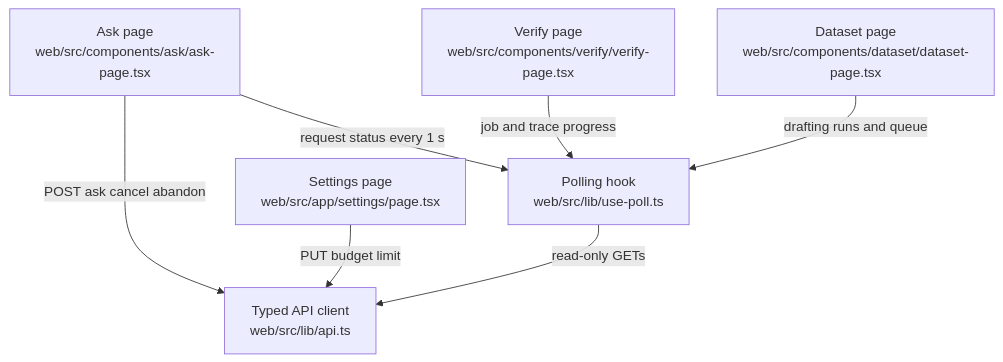
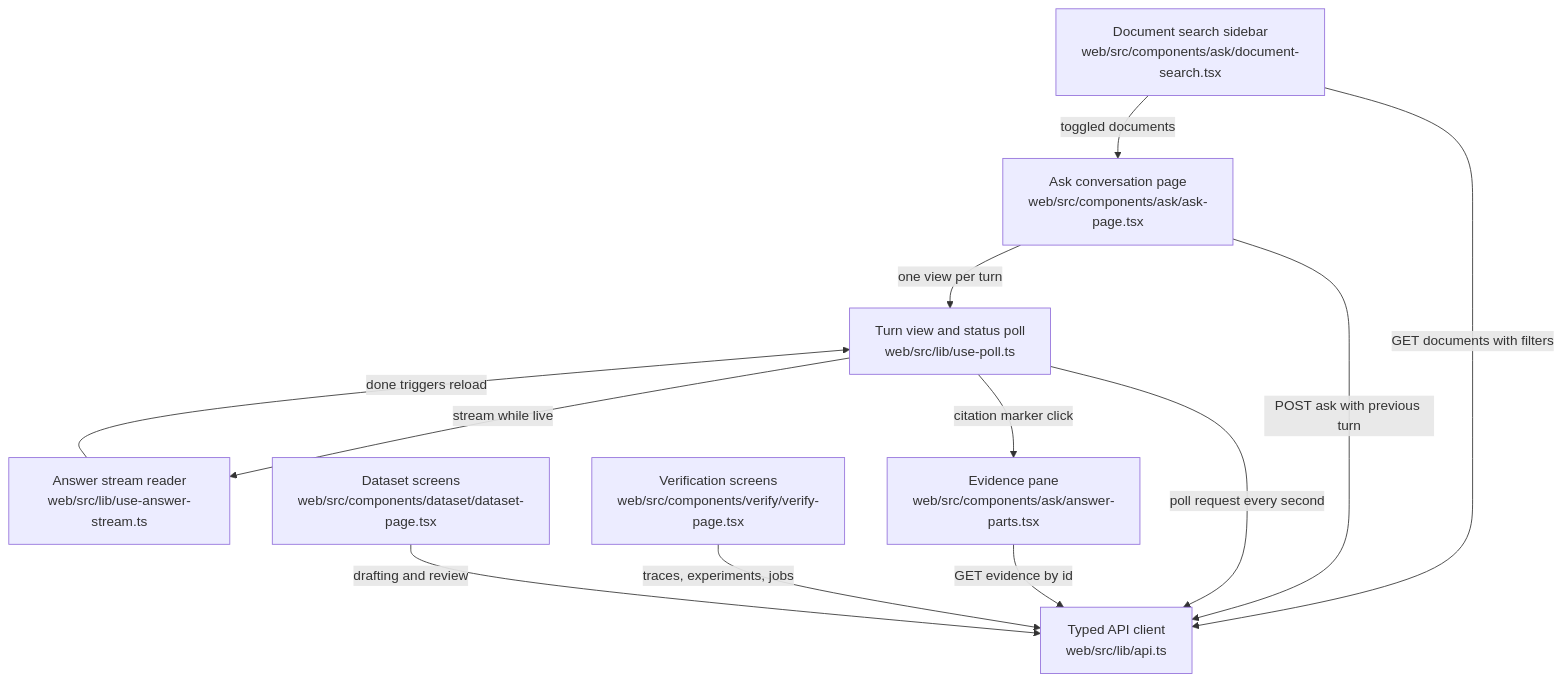
The diagram in .omm/overall-architecture/web-screens/diagram.mmd (littleeeeebit/project-codeit-mid), drawn with Mermaid before and after one commit. The commit also changed 428 other files, not shown here.

```diff
--- a/.omm/overall-architecture/web-screens/diagram.mmd
+++ b/.omm/overall-architecture/web-screens/diagram.mmd
@@ -1,7 +1,20 @@
 graph TD
-  ask-page["Ask page\nweb/src/components/ask/ask-page.tsx"] -->|POST ask cancel abandon| api-client["Typed API client\nweb/src/lib/api.ts"]
-  ask-page -->|request status every 1 s| poll-hook["Polling hook\nweb/src/lib/use-poll.ts"]
-  verify-page["Verify page\nweb/src/components/verify/verify-page.tsx"] -->|job and trace progress| poll-hook
-  dataset-page["Dataset page\nweb/src/components/dataset/dataset-page.tsx"] -->|drafting runs and queue| poll-hook
-  settings-page["Settings page\nweb/src/app/settings/page.tsx"] -->|PUT budget limit| api-client
-  poll-hook -->|read-only GETs| api-client
+  api-client["Typed API client\nweb/src/lib/api.ts"]
+  ask-page["Ask conversation page\nweb/src/components/ask/ask-page.tsx"]
+  document-search["Document search sidebar\nweb/src/components/ask/document-search.tsx"]
+  turn-view["Turn view and status poll\nweb/src/lib/use-poll.ts"]
+  answer-stream["Answer stream reader\nweb/src/lib/use-answer-stream.ts"]
+  evidence-pane["Evidence pane\nweb/src/components/ask/answer-parts.tsx"]
+  verify-screens["Verification screens\nweb/src/components/verify/verify-page.tsx"]
+  dataset-screens["Dataset screens\nweb/src/components/dataset/dataset-page.tsx"]
+  document-search -->|toggled documents| ask-page
+  document-search -->|GET documents with filters| api-client
+  ask-page -->|POST ask with previous turn| api-client
+  ask-page -->|one view per turn| turn-view
+  turn-view -->|poll request every second| api-client
+  turn-view -->|stream while live| answer-stream
+  answer-stream -->|done triggers reload| turn-view
+  turn-view -->|citation marker click| evidence-pane
+  evidence-pane -->|GET evidence by id| api-client
+  verify-screens -->|traces, experiments, jobs| api-client
+  dataset-screens -->|drafting and review| api-client
```
